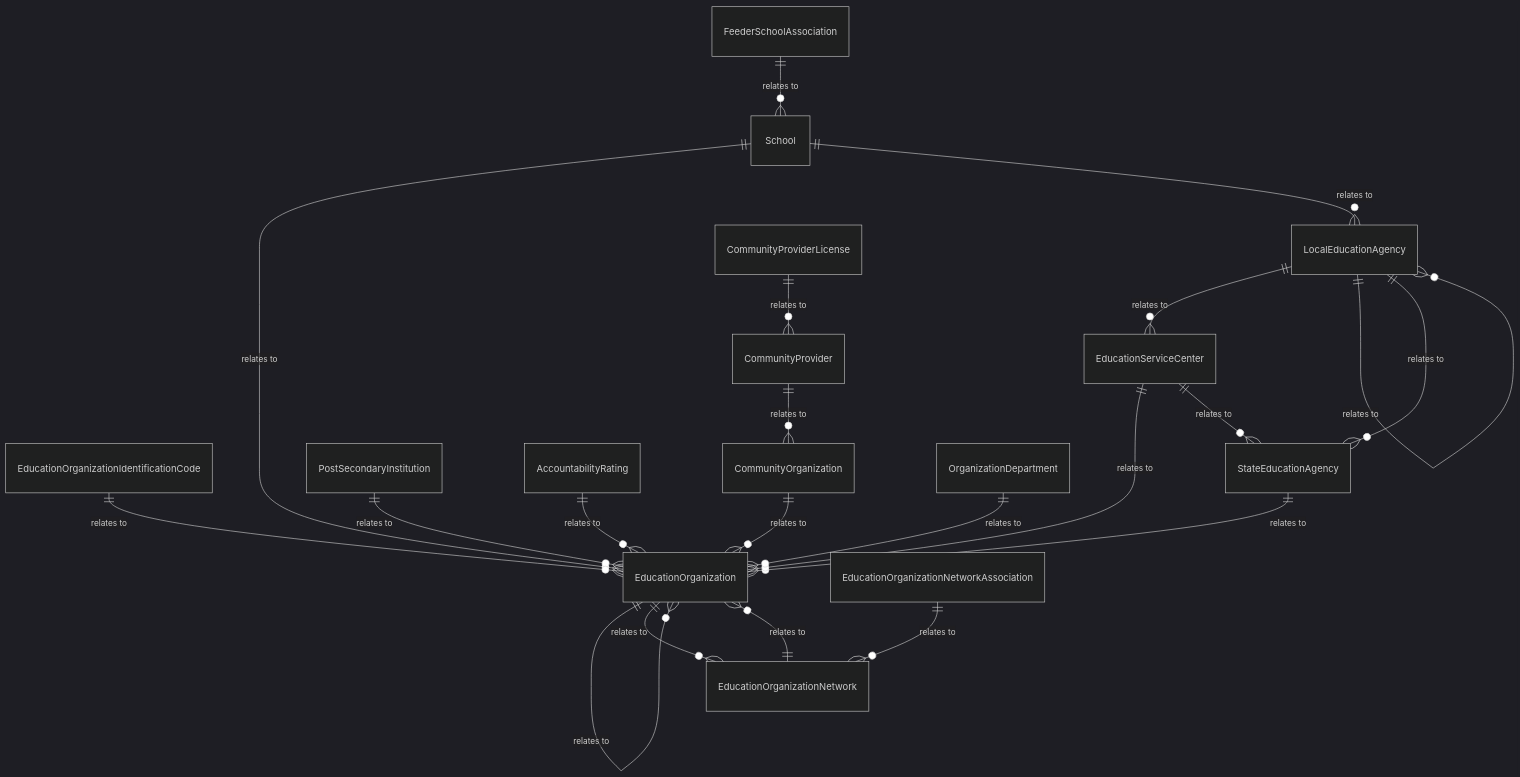
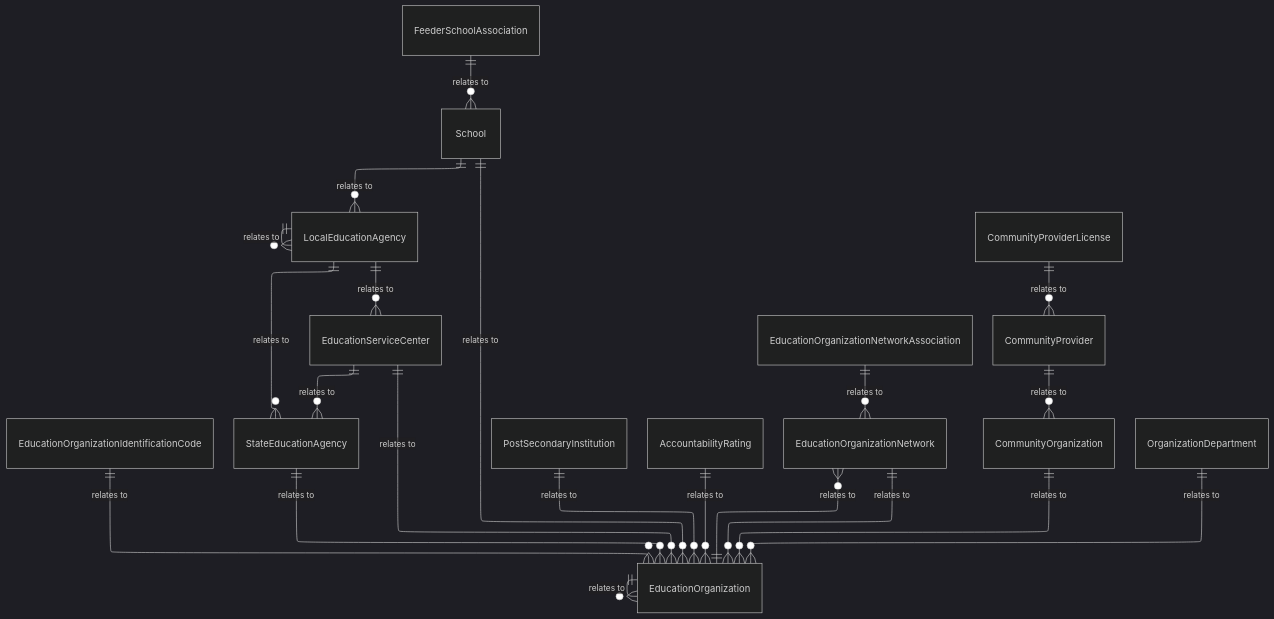
One commit to Ed-Fi-Alliance-OSS/ed-fi-alliance-oss.github.io changed the diagram in dataStandard_versioned_docs/version-6/model-reference/education-organization-domain/model-diagrams.md. Above: the diagram before and after it, drawn with Mermaid (dark theme). The commit also changed 24 other files, not shown here.

````diff
--- a/dataStandard_versioned_docs/version-6/model-reference/education-organization-domain/model-diagrams.md
+++ b/dataStandard_versioned_docs/version-6/model-reference/education-organization-domain/model-diagrams.md
@@ -10,53 +10,59 @@
 ```mermaid
+---
+
+config:
+  layout: elk
+---
+
 erDiagram
     EducationOrganization {
     }
     EducationOrganizationIdentificationCode {
     }
     StateEducationAgency {
     }
     LocalEducationAgency {
     }
     EducationServiceCenter {
     }
     School {
     }
     PostSecondaryInstitution {
     }
     AccountabilityRating {
     }
     EducationOrganizationNetwork {
     }
     EducationOrganizationNetworkAssociation {
     }
     FeederSchoolAssociation {
     }
     CommunityOrganization {
     }
     CommunityProvider {
     }
     CommunityProviderLicense {
     }
     OrganizationDepartment {
     }
     StateEducationAgency ||--o{ EducationOrganization : "relates to"
     EducationServiceCenter ||--o{ EducationOrganization : "relates to"
     School ||--o{ EducationOrganization : "relates to"
     PostSecondaryInstitution ||--o{ EducationOrganization : "relates to"
     CommunityOrganization ||--o{ EducationOrganization : "relates to"
     OrganizationDepartment ||--o{ EducationOrganization : "relates to"
     EducationOrganization ||--o{ EducationOrganization : "relates to"
     EducationOrganization ||--o{ EducationOrganizationNetwork : "relates to"
     EducationOrganizationNetwork ||--o{ EducationOrganization : "relates to"
     AccountabilityRating ||--o{ EducationOrganization : "relates to"
     EducationOrganizationNetworkAssociation ||--o{ EducationOrganizationNetwork : "relates to"
     School ||--o{ LocalEducationAgency : "relates to"
     LocalEducationAgency ||--o{ EducationServiceCenter : "relates to"
     LocalEducationAgency ||--o{ LocalEducationAgency : "relates to"
     EducationServiceCenter ||--o{ StateEducationAgency : "relates to"
     LocalEducationAgency ||--o{ StateEducationAgency : "relates to"
     FeederSchoolAssociation ||--o{ School : "relates to"
     CommunityProvider ||--o{ CommunityOrganization : "relates to"
     CommunityProviderLicense ||--o{ CommunityProvider : "relates to"
     EducationOrganizationIdentificationCode ||--o{ EducationOrganization : "relates to"
 ```
````
